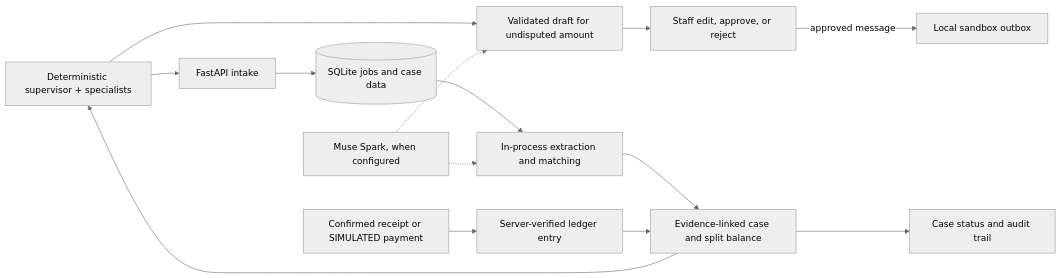
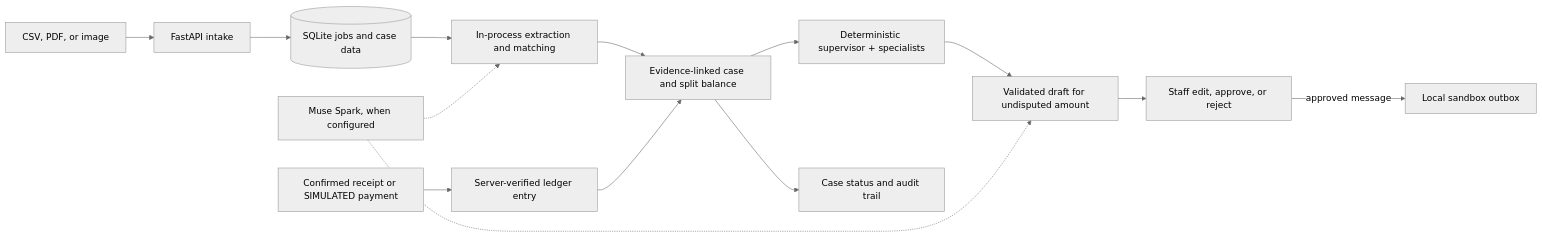
Before and after one commit to lakshya14-ds/RecoverFlow-AI: the diagram in README.md, drawn with Mermaid (neutral theme). The commit also changed other lines of this file and 1 other file, not shown here.

````diff
--- a/README.md
+++ b/README.md
@@ -23,16 +23,16 @@
 ```mermaid
 flowchart LR
     A["CSV, PDF, or image"] --> B["FastAPI intake"]
     B --> C[("SQLite jobs and case data")]
     C --> D["In-process extraction and matching"]
     M["Muse Spark, when configured"] -.-> D
     D --> E["Evidence-linked case and split balance"]
-    E --> A["Deterministic supervisor + specialists"]
-    A --> F["Validated draft for undisputed amount"]
+    E --> SV["Deterministic supervisor + specialists"]
+    SV --> F["Validated draft for undisputed amount"]
     M -.-> F
     F --> G["Staff edit, approve, or reject"]
     G -->|approved message| H["Local sandbox outbox"]
     P["Confirmed receipt or SIMULATED payment"] --> L["Server-verified ledger entry"]
     L --> E
     E --> S["Case status and audit trail"]
 ```
````
